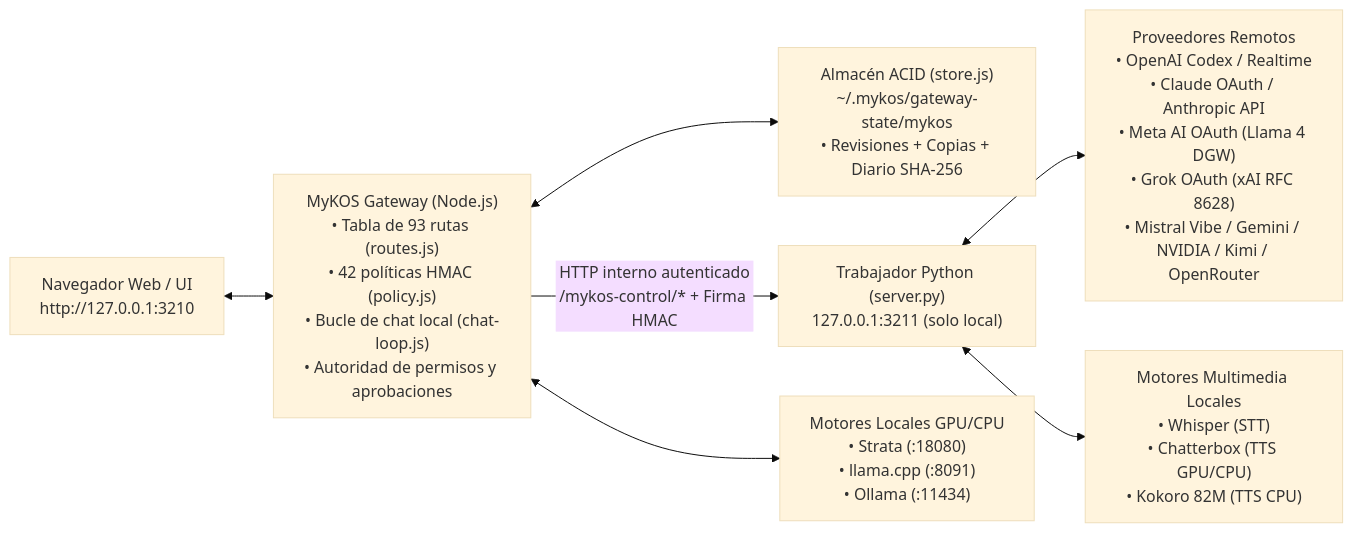
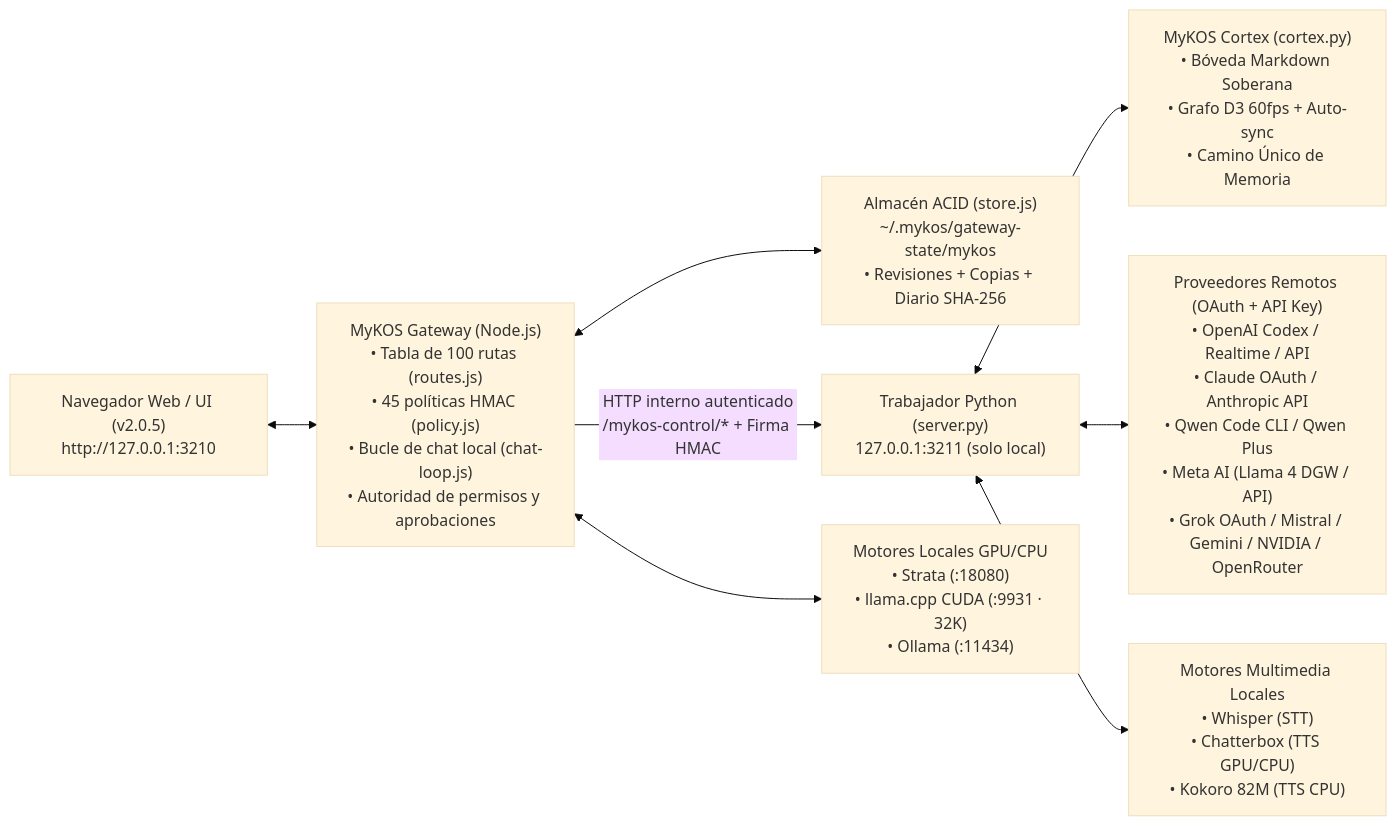
The diagram in README.md (eskib0/MyKOS), drawn with Mermaid (base theme) before and after one commit. The commit also changed other lines of this file and 4 other files, not shown here.

````diff
--- a/README.md
+++ b/README.md
@@ -67,9 +70,10 @@
 ```mermaid
 flowchart LR
-    Browser["Navegador Web / UI\nhttp://127.0.0.1:3210"] <--> Gateway["MyKOS Gateway (Node.js)\n• Tabla de 93 rutas (routes.js)\n• 42 políticas HMAC (policy.js)\n• Bucle de chat local (chat-loop.js)\n• Autoridad de permisos y aprobaciones"]
+    Browser["Navegador Web / UI (v2.0.5)\nhttp://127.0.0.1:3210"] <--> Gateway["MyKOS Gateway (Node.js)\n• Tabla de 100 rutas (routes.js)\n• 45 políticas HMAC (policy.js)\n• Bucle de chat local (chat-loop.js)\n• Autoridad de permisos y aprobaciones"]
     Gateway <--> Store["Almacén ACID (store.js)\n~/.mykos/gateway-state/mykos\n• Revisiones + Copias + Diario SHA-256"]
     Gateway -- "HTTP interno autenticado\n/mykos-control/* + Firma HMAC" --> Worker["Trabajador Python (server.py)\n127.0.0.1:3211 (solo local)"]
-    Gateway <--> LocalEngines["Motores Locales GPU/CPU\n• Strata (:18080)\n• llama.cpp (:8091)\n• Ollama (:11434)"]
-    Worker <--> CloudProviders["Proveedores Remotos\n• OpenAI Codex / Realtime\n• Claude OAuth / Anthropic API\n• Meta AI OAuth (Llama 4 DGW)\n• Grok OAuth (xAI RFC 8628)\n• Mistral Vibe / Gemini / NVIDIA / Kimi / OpenRouter"]
+    Gateway <--> LocalEngines["Motores Locales GPU/CPU\n• Strata (:18080)\n• llama.cpp CUDA (:9931 · 32K)\n• Ollama (:11434)"]
+    Worker <--> Cortex["MyKOS Cortex (cortex.py)\n• Bóveda Markdown Soberana\n• Grafo D3 60fps + Auto-sync\n• Camino Único de Memoria"]
+    Worker <--> CloudProviders["Proveedores Remotos (OAuth + API Key)\n• OpenAI Codex / Realtime / API\n• Claude OAuth / Anthropic API\n• Qwen Code CLI / Qwen Plus\n• Meta AI (Llama 4 DGW / API)\n• Grok OAuth / Mistral / Gemini / NVIDIA / OpenRouter"]
     Worker <--> LocalVoice["Motores Multimedia Locales\n• Whisper (STT)\n• Chatterbox (TTS GPU/CPU)\n• Kokoro 82M (TTS CPU)"]
 ```
````
